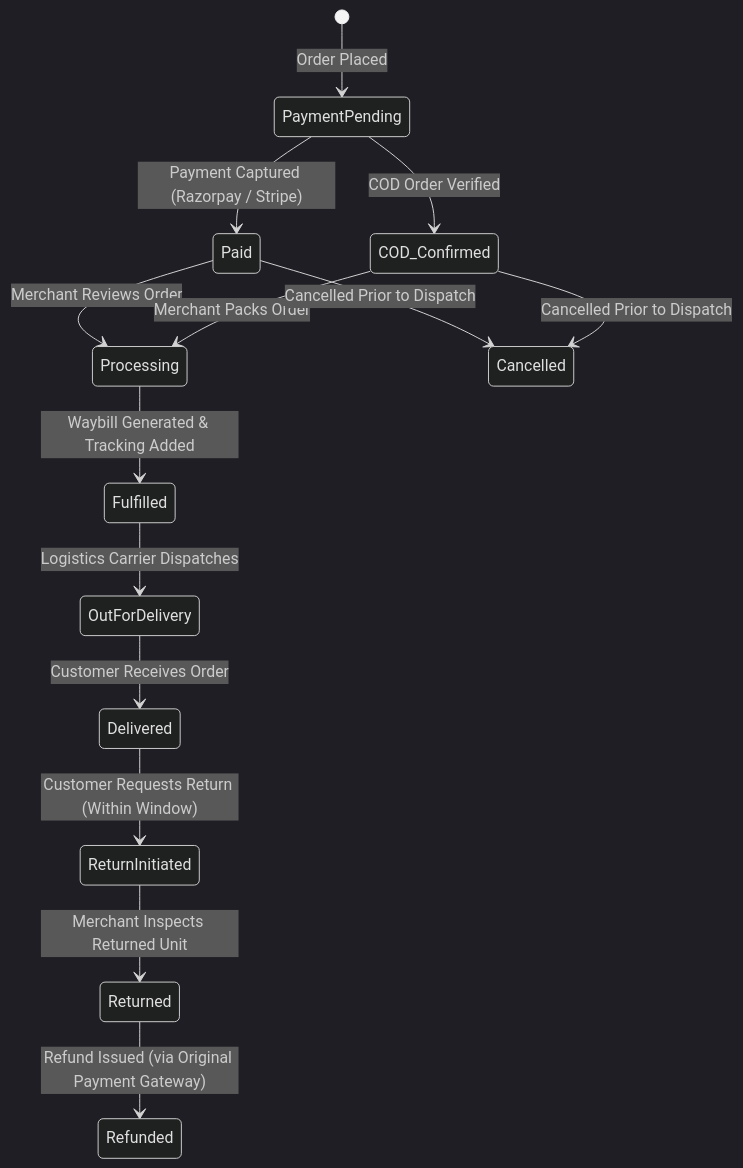
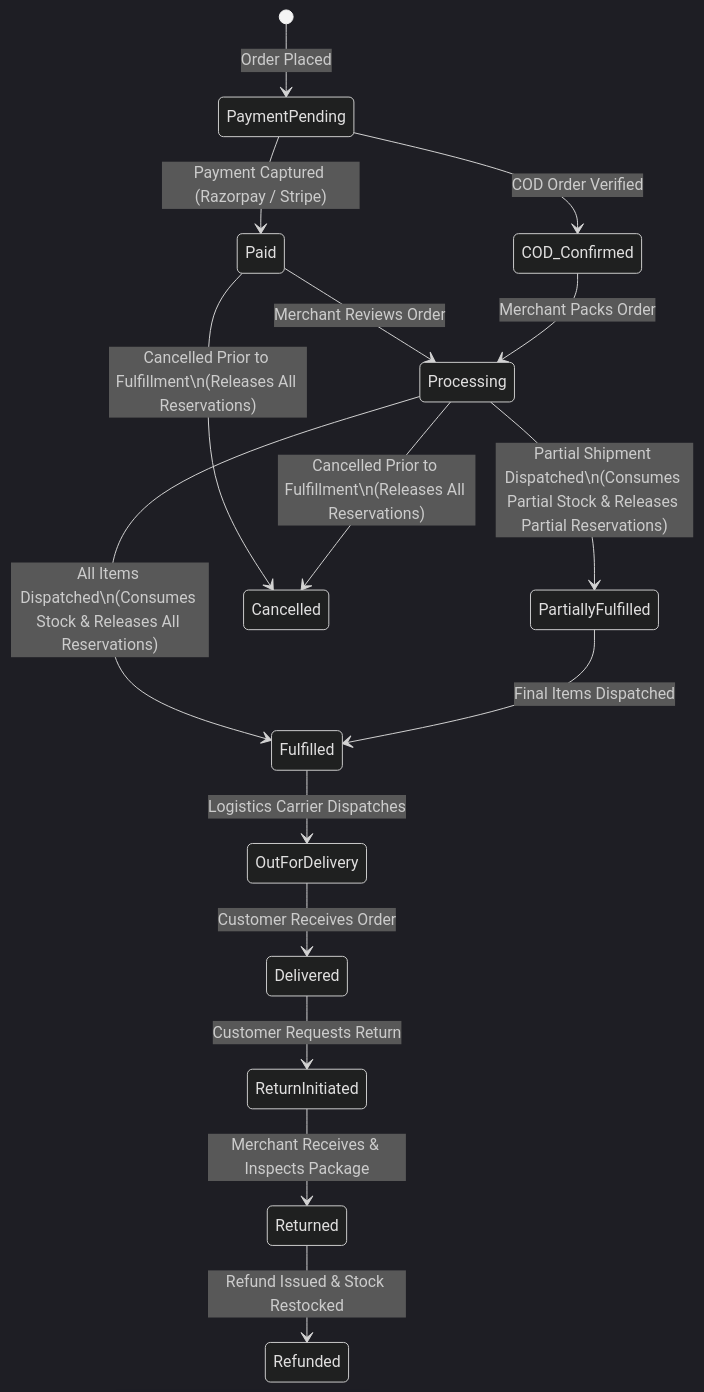
One commit to Ajuworks96/theecombuddy changed the fourth of 4 diagrams in docs/COMMERCE_WORKFLOWS.md. Above: the diagram before and after it, drawn with Mermaid (dark theme). The commit also changed other lines of this file and 6 other files, not shown here.

````diff
--- a/docs/COMMERCE_WORKFLOWS.md
+++ b/docs/COMMERCE_WORKFLOWS.md
@@ -131,20 +185,23 @@
 ```mermaid
 stateDiagram-v2
     [*] --> PaymentPending : Order Placed
     PaymentPending --> Paid : Payment Captured (Razorpay / Stripe)
     PaymentPending --> COD_Confirmed : COD Order Verified
 
     Paid --> Processing : Merchant Reviews Order
     COD_Confirmed --> Processing : Merchant Packs Order
 
-    Processing --> Fulfilled : Waybill Generated & Tracking Added
+    Processing --> PartiallyFulfilled : Partial Shipment Dispatched\n(Consumes Partial Stock & Releases Partial Reservations)
+    Processing --> Fulfilled : All Items Dispatched\n(Consumes Stock & Releases All Reservations)
+    PartiallyFulfilled --> Fulfilled : Final Items Dispatched
+
     Fulfilled --> OutForDelivery : Logistics Carrier Dispatches
     OutForDelivery --> Delivered : Customer Receives Order
 
-    Paid --> Cancelled : Cancelled Prior to Dispatch
-    COD_Confirmed --> Cancelled : Cancelled Prior to Dispatch
+    Paid --> Cancelled : Cancelled Prior to Fulfillment\n(Releases All Reservations)
+    Processing --> Cancelled : Cancelled Prior to Fulfillment\n(Releases All Reservations)
     
-    Delivered --> ReturnInitiated : Customer Requests Return (Within Window)
-    ReturnInitiated --> Returned : Merchant Inspects Returned Unit
-    Returned --> Refunded : Refund Issued (via Original Payment Gateway)
+    Delivered --> ReturnInitiated : Customer Requests Return
+    ReturnInitiated --> Returned : Merchant Receives & Inspects Package
+    Returned --> Refunded : Refund Issued & Stock Restocked
 ```
````
